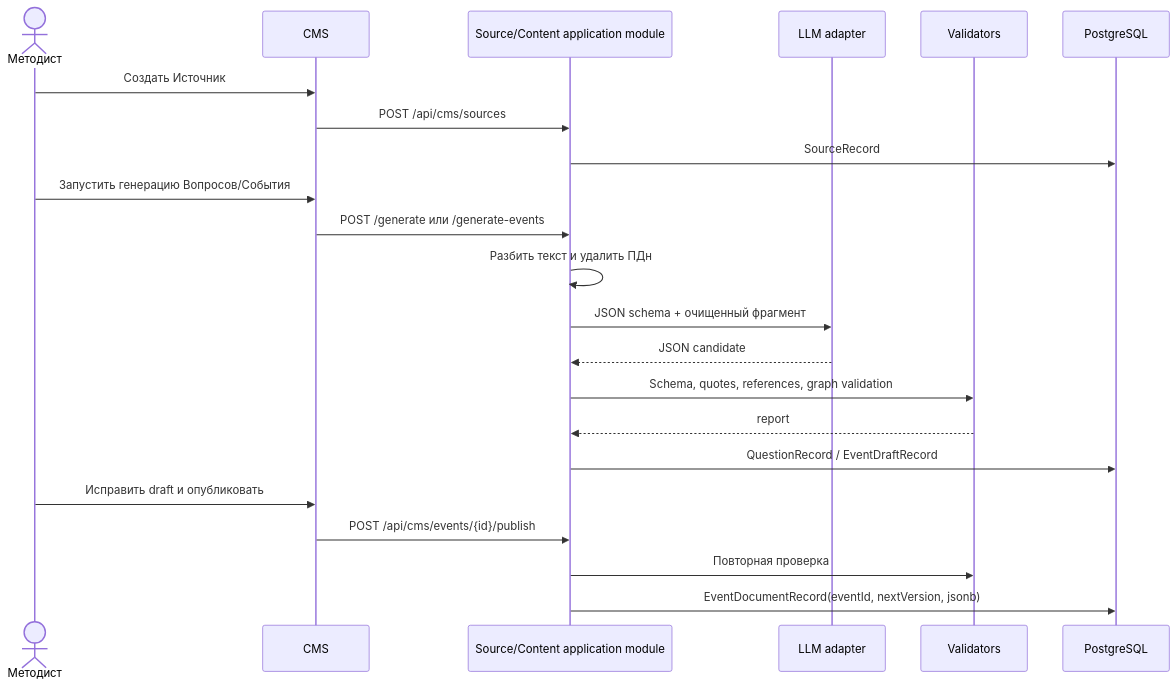
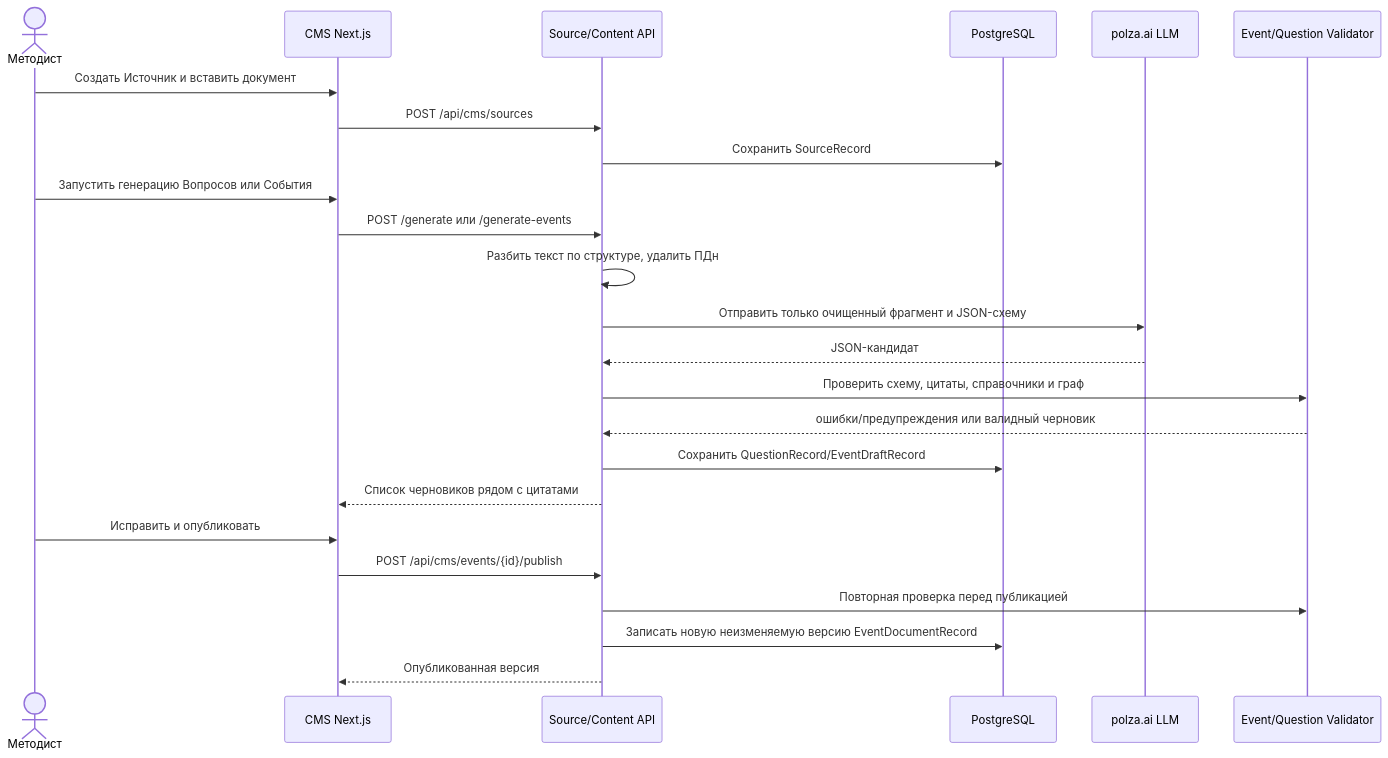
Before and after one commit to MolinRE/TurboSquadApp: the fourth of 5 diagrams in docs/architecture.md, drawn with Mermaid. The commit also changed other lines of this file, not shown here.

````diff
--- a/docs/architecture.md
+++ b/docs/architecture.md
@@ -295,25 +206,27 @@
 ```mermaid
 sequenceDiagram
     actor M as Методист
-    participant F as CMS
-    participant A as Source/Content application module
-    participant G as LLM adapter
-    participant V as Validators
+    participant F as CMS Next.js
+    participant A as Source/Content API
     participant D as PostgreSQL
+    participant G as polza.ai LLM
+    participant V as Event/Question Validator
 
-    M->>F: Создать Источник
+    M->>F: Создать Источник и вставить документ
     F->>A: POST /api/cms/sources
-    A->>D: SourceRecord
-    M->>F: Запустить генерацию Вопросов/События
+    A->>D: Сохранить SourceRecord
+    M->>F: Запустить генерацию Вопросов или События
     F->>A: POST /generate или /generate-events
-    A->>A: Разбить текст и удалить ПДн
-    A->>G: JSON schema + очищенный фрагмент
-    G-->>A: JSON candidate
-    A->>V: Schema, quotes, references, graph validation
-    V-->>A: report
-    A->>D: QuestionRecord / EventDraftRecord
-    M->>F: Исправить draft и опубликовать
+    A->>A: Разбить текст по структуре, удалить ПДн
+    A->>G: Отправить только очищенный фрагмент и JSON-схему
+    G-->>A: JSON-кандидат
+    A->>V: Проверить схему, цитаты, справочники и граф
+    V-->>A: ошибки/предупреждения или валидный черновик
+    A->>D: Сохранить QuestionRecord/EventDraftRecord
+    A-->>F: Список черновиков рядом с цитатами
+    M->>F: Исправить и опубликовать
     F->>A: POST /api/cms/events/{id}/publish
-    A->>V: Повторная проверка
-    A->>D: EventDocumentRecord(eventId, nextVersion, jsonb)
+    A->>V: Повторная проверка перед публикацией
+    A->>D: Записать новую неизменяемую версию EventDocumentRecord
+    A-->>F: Опубликованная версия
 ```
````
